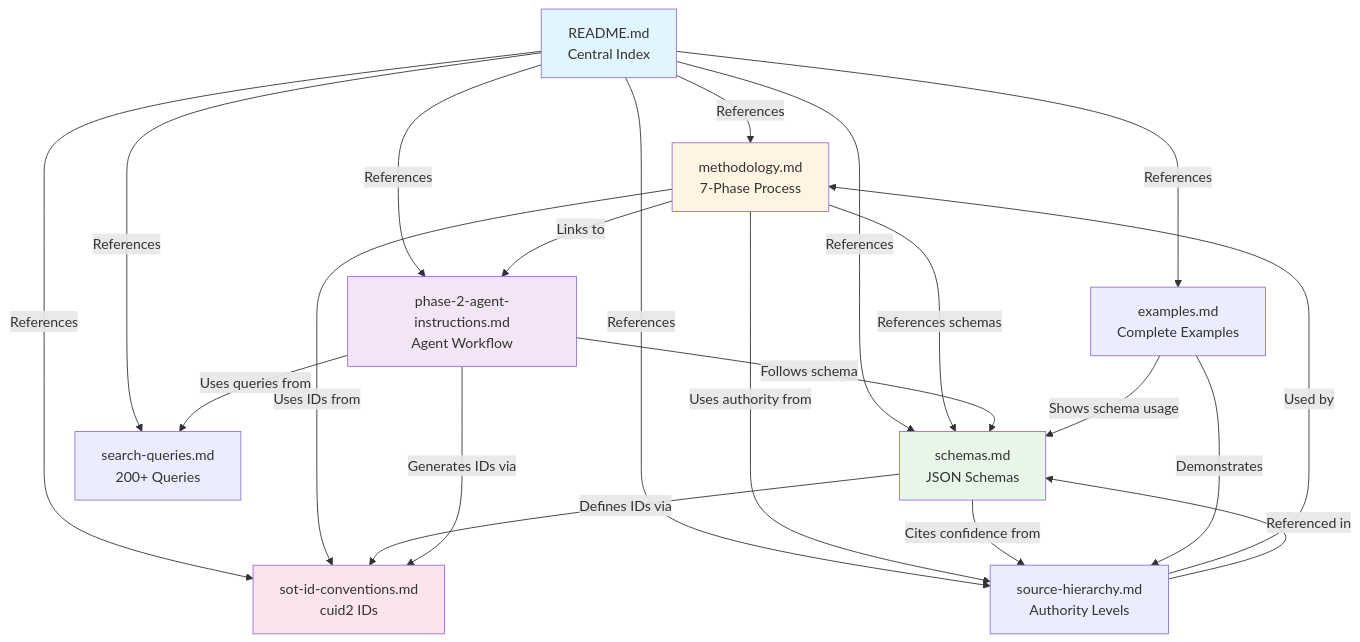
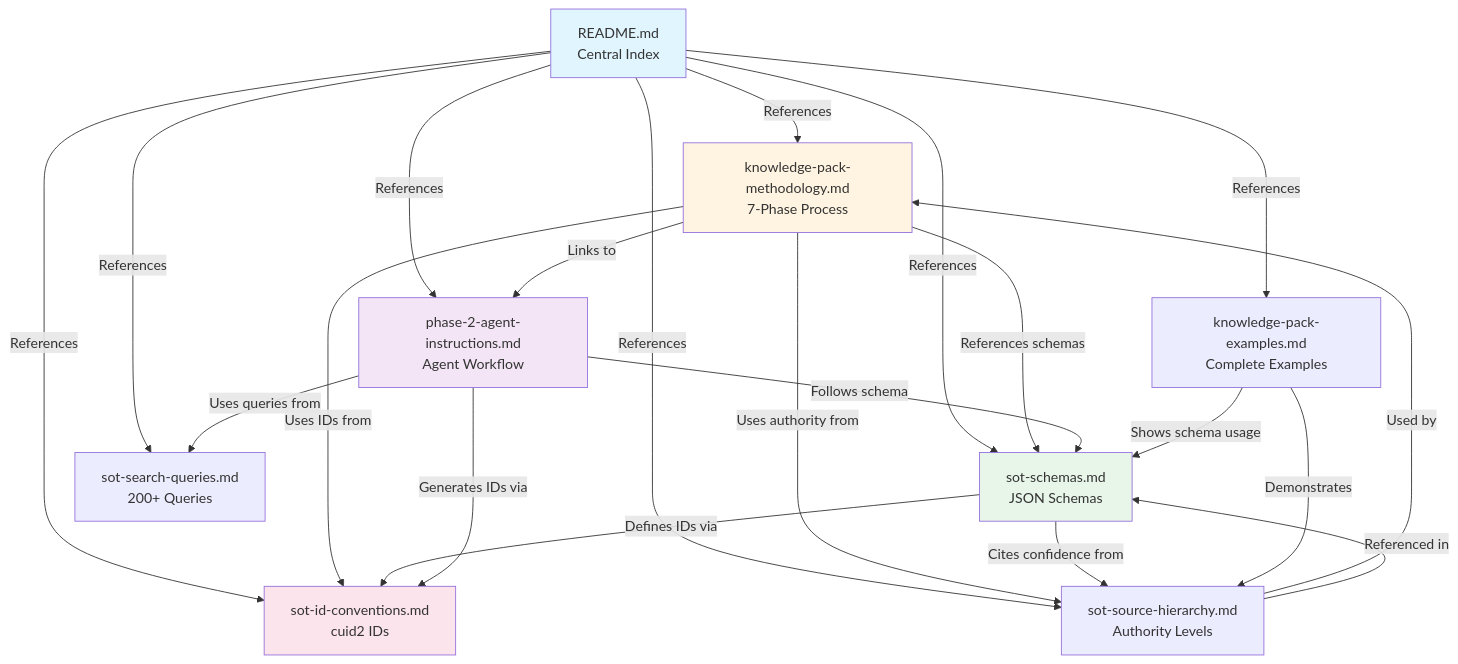
The diagram in docs/knowledge-pack/README.md (brettdavies/insurance-broker-quote-assistant), drawn with Mermaid before and after one commit. The commit also changed other lines of this file and 3 other files, not shown here.

````diff
--- a/docs/knowledge-pack/README.md
+++ b/docs/knowledge-pack/README.md
@@ -173,43 +173,43 @@
 ```mermaid
 graph TB
     README[README.md<br/>Central Index]
-    METHOD[methodology.md<br/>7-Phase Process]
-    SCHEMAS[schemas.md<br/>JSON Schemas]
+    METHOD[knowledge-pack-methodology.md<br/>7-Phase Process]
+    SCHEMAS[sot-schemas.md<br/>JSON Schemas]
     IDCONV[sot-id-conventions.md<br/>cuid2 IDs]
-    HIER[source-hierarchy.md<br/>Authority Levels]
-    EXAMPLES[examples.md<br/>Complete Examples]
-    QUERIES[search-queries.md<br/>200+ Queries]
+    HIER[sot-source-hierarchy.md<br/>Authority Levels]
+    EXAMPLES[knowledge-pack-examples.md<br/>Complete Examples]
+    QUERIES[sot-search-queries.md<br/>200+ Queries]
     PHASE2[phase-2-agent-instructions.md<br/>Agent Workflow]
 
     README -->|References| METHOD
     README -->|References| SCHEMAS
     README -->|References| IDCONV
     README -->|References| HIER
     README -->|References| EXAMPLES
     README -->|References| QUERIES
     README -->|References| PHASE2
 
     METHOD -->|Uses IDs from| IDCONV
     METHOD -->|References schemas| SCHEMAS
     METHOD -->|Links to| PHASE2
     METHOD -->|Uses authority from| HIER
 
     SCHEMAS -->|Defines IDs via| IDCONV
     SCHEMAS -->|Cites confidence from| HIER
 
     PHASE2 -->|Generates IDs via| IDCONV
     PHASE2 -->|Follows schema| SCHEMAS
     PHASE2 -->|Uses queries from| QUERIES
 
     EXAMPLES -->|Shows schema usage| SCHEMAS
     EXAMPLES -->|Demonstrates| HIER
 
     HIER -->|Used by| METHOD
     HIER -->|Referenced in| SCHEMAS
 
     style README fill:#e1f5ff
     style METHOD fill:#fff4e1
     style SCHEMAS fill:#e8f5e9
     style IDCONV fill:#fce4ec
     style PHASE2 fill:#f3e5f5
 ```
````
